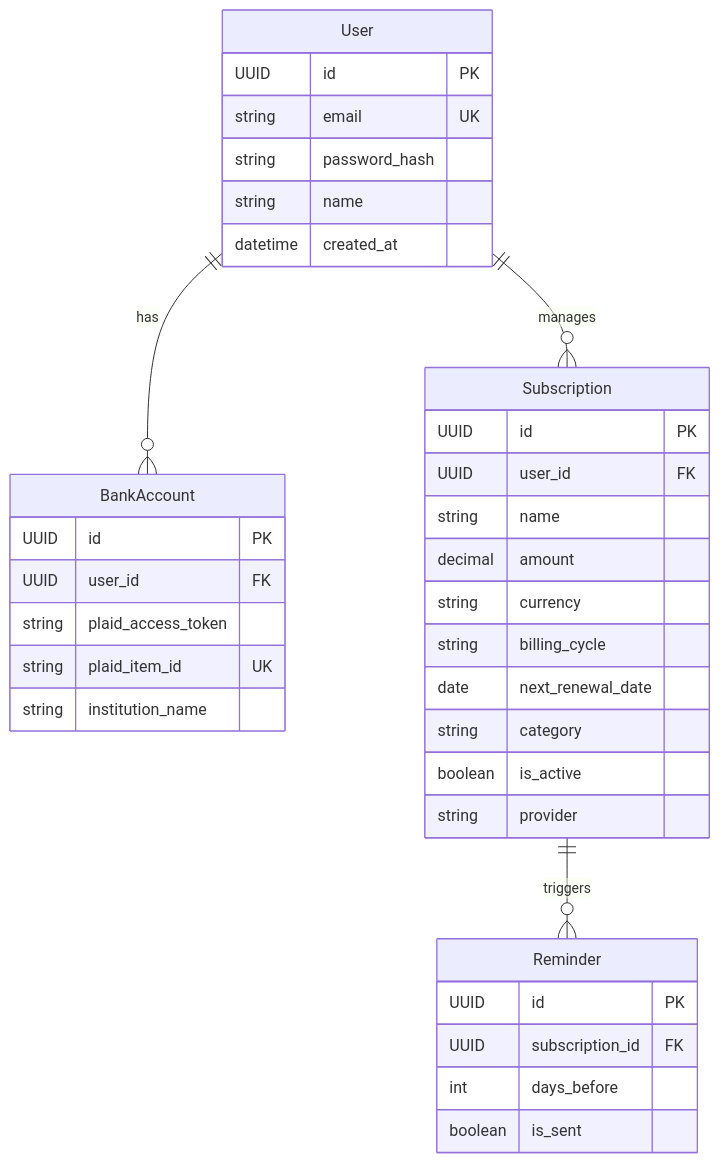
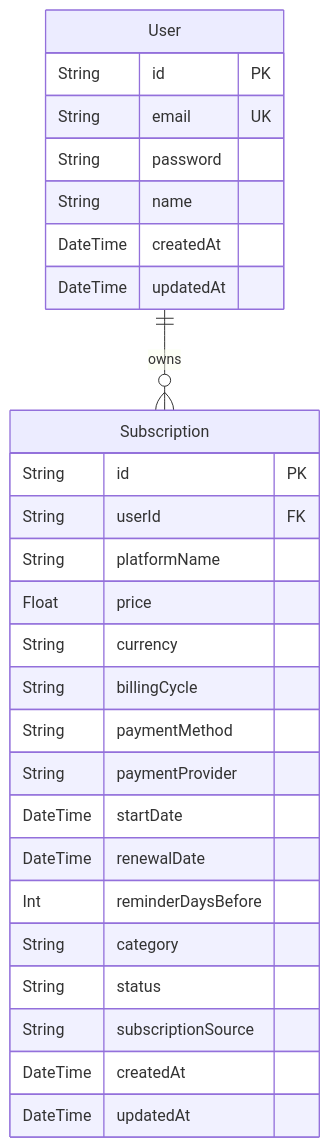
The diagram in README.md (Suryachamp/Subscription-Manager), drawn with Mermaid before and after one commit. The commit also changed other lines of this file and 13 other files, not shown here.

Commit message:
added the plaid api subscription feature

````diff
--- a/README.md
+++ b/README.md
@@ -84,42 +120,32 @@
 ```mermaid
 erDiagram
-    User ||--o{ BankAccount : "has"
-    User ||--o{ Subscription : "manages"
-    Subscription ||--o{ Reminder : "triggers"
+    User ||--o{ Subscription : "owns"
 
     User {
-        UUID id PK
-        string email UK
-        string password_hash
-        string name
-        datetime created_at
-    }
-
-    BankAccount {
-        UUID id PK
-        UUID user_id FK
-        string plaid_access_token
-        string plaid_item_id UK
-        string institution_name
+        String id PK
+        String email UK
+        String password
+        String name
+        DateTime createdAt
+        DateTime updatedAt
     }
 
     Subscription {
-        UUID id PK
-        UUID user_id FK
-        string name
-        decimal amount
-        string currency
-        string billing_cycle
-        date next_renewal_date
-        string category
-        boolean is_active
-        string provider
-    }
-
-    Reminder {
-        UUID id PK
-        UUID subscription_id FK
-        int days_before
-        boolean is_sent
+        String id PK
+        String userId FK
+        String platformName
+        Float price
+        String currency
+        String billingCycle
+        String paymentMethod
+        String paymentProvider
+        DateTime startDate
+        DateTime renewalDate
+        Int reminderDaysBefore
+        String category
+        String status
+        String subscriptionSource
+        DateTime createdAt
+        DateTime updatedAt
     }
 ```
````
